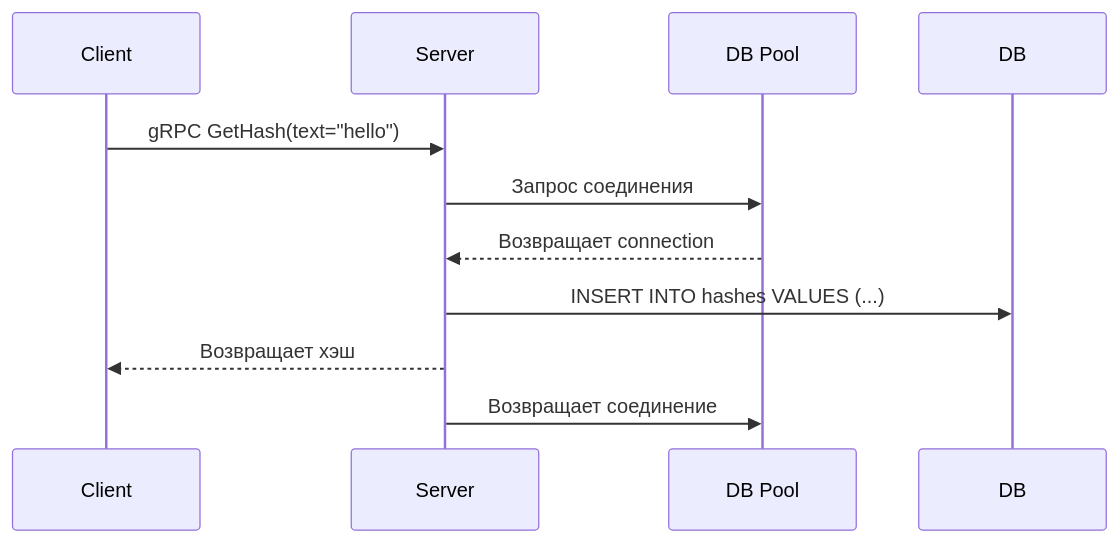
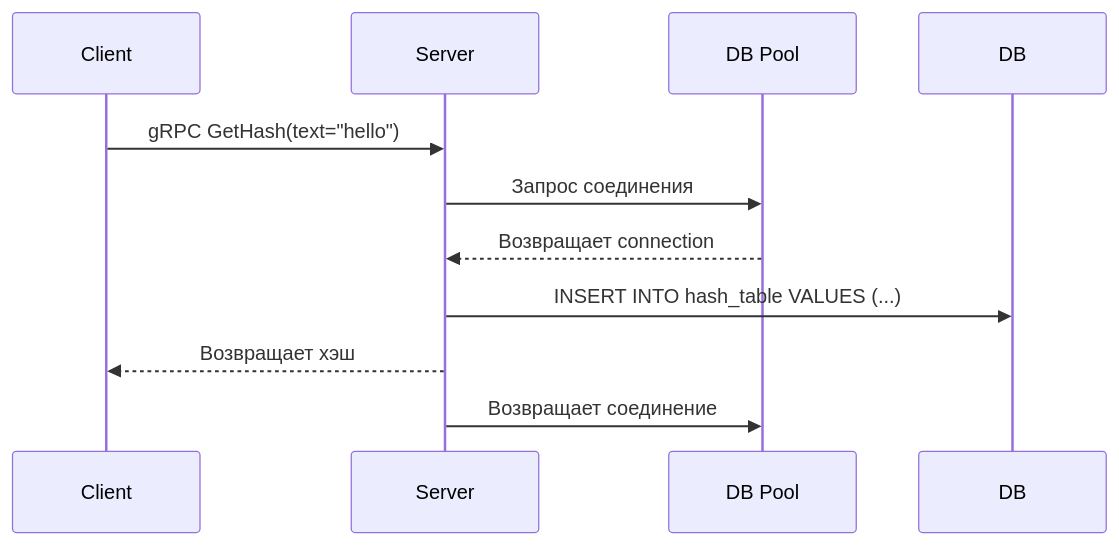
Before and after one commit to De-cROMPOS/pastebin: the diagram in components/hashgenerator/scheme.md, drawn with Mermaid. The commit also changed 11 other files, not shown here.

````diff
--- a/components/hashgenerator/scheme.md
+++ b/components/hashgenerator/scheme.md
@@ -1,9 +1,9 @@
 ```mermaid
 sequenceDiagram
   Client->>Server: gRPC GetHash(text="hello")
   Server->>DB Pool: Запрос соединения
   DB Pool-->>Server: Возвращает connection
-  Server->>DB: INSERT INTO hashes VALUES (...)
+  Server->>DB: INSERT INTO hash_table VALUES (...)
   Server-->>Client: Возвращает хэш
   Server->>DB Pool: Возвращает соединение
 ```
````
